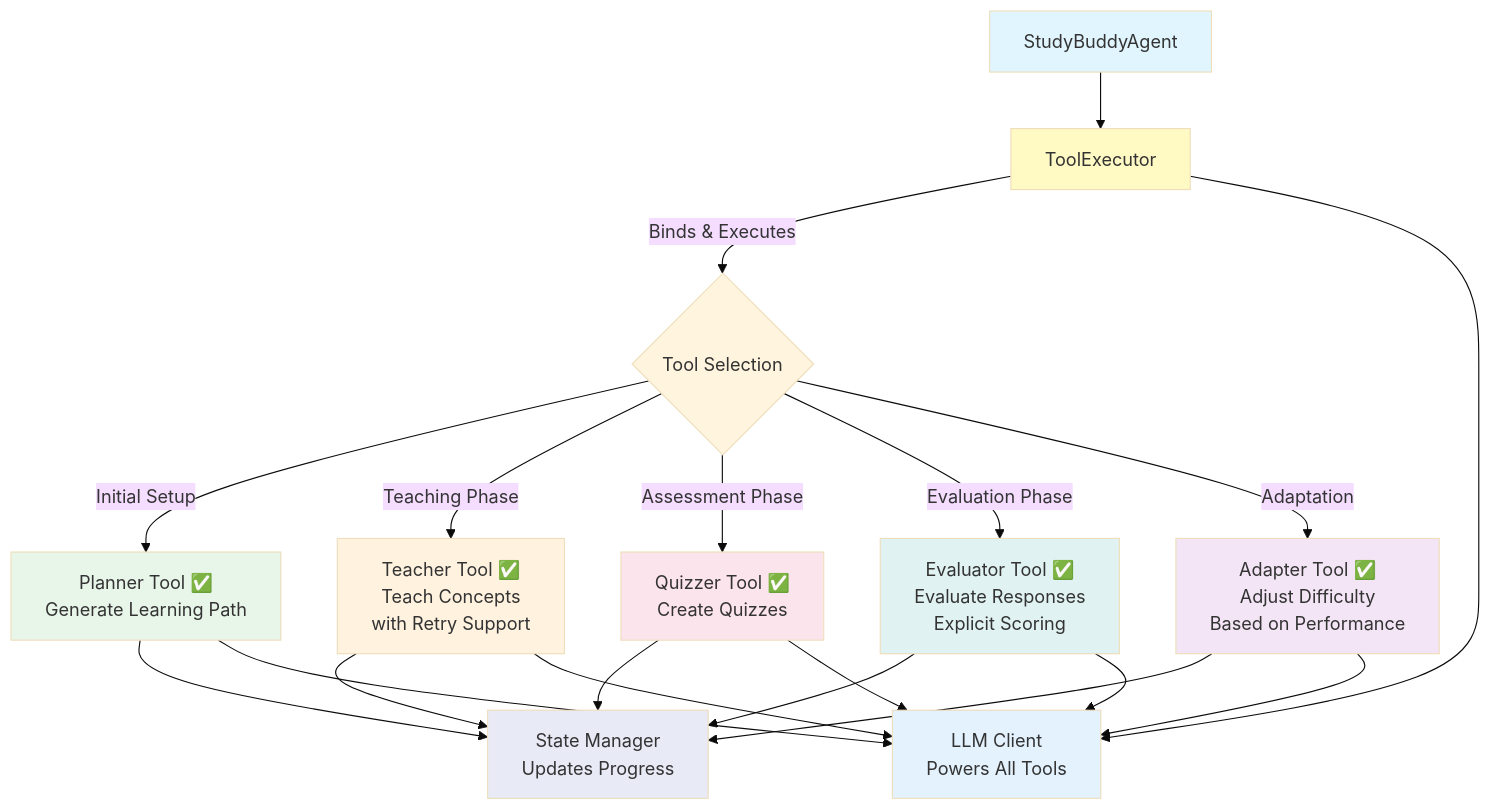
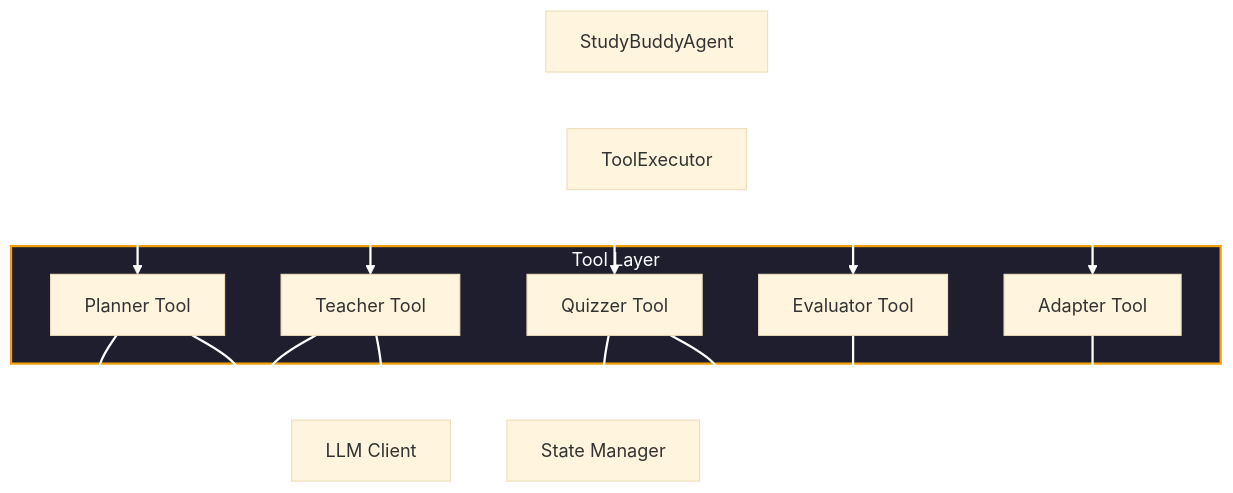
One commit to ebinzacharias/ez-agentic-study-buddy changed the fourth of 6 diagrams in ARCHITECTURE.md. Above: the diagram before and after it, drawn with Mermaid (base theme). The commit also changed other lines of this file and 1 other file, not shown here.

````diff
--- a/ARCHITECTURE.md
+++ b/ARCHITECTURE.md
@@ -366,39 +351,32 @@
 ```mermaid
-graph TD
+flowchart TD
+    style ToolLayer fill:#1E1E2F,stroke:#F59E0B,stroke-width:2px,color:#FFFFFF
+
+    linkStyle default stroke:#FFFFFF,stroke-width:2px
+
     Agent[StudyBuddyAgent] --> ToolExec[ToolExecutor]
     
-    ToolExec -->|Binds & Executes| Tools{Tool Selection}
+    subgraph ToolLayer[Tool Layer]
+        Planner[Planner Tool]
+        Teacher[Teacher Tool]
+        Quizzer[Quizzer Tool]
+        Evaluator[Evaluator Tool]
+        Adapter[Adapter Tool]
+    end
+
+    ToolExec --> Planner
+    ToolExec --> Teacher
+    ToolExec --> Quizzer
+    ToolExec --> Evaluator
+    ToolExec --> Adapter
     
-    Tools -->|Initial Setup| Planner[Planner Tool ✅<br/>Generate Learning Path]
-    Tools -->|Teaching Phase| Teacher[Teacher Tool ✅<br/>Teach Concepts<br/>with Retry Support]
-    Tools -->|Assessment Phase| Quizzer[Quizzer Tool ✅<br/>Create Quizzes]
-    Tools -->|Evaluation Phase| Evaluator[Evaluator Tool ✅<br/>Evaluate Responses<br/>Explicit Scoring]
-    Tools -->|Adaptation| Adapter[Adapter Tool ✅<br/>Adjust Difficulty<br/>Based on Performance]
-    
-    Planner --> State
+    Planner --> State[State Manager]
     Teacher --> State
     Quizzer --> State
     Evaluator --> State
     Adapter --> State
     
-    State[State Manager<br/>Updates Progress]
-    
-    LLM[LLM Client<br/>Powers All Tools]
-    
-    ToolExec --> LLM
-    Planner --> LLM
+    Planner --> LLM[LLM Client]
     Teacher --> LLM
     Quizzer --> LLM
-    Evaluator --> LLM
-    Adapter --> LLM
-    
-    style Agent fill:#e1f5ff
-    style ToolExec fill:#fff9c4
-    style Planner fill:#e8f5e9
-    style Teacher fill:#fff3e0
-    style Quizzer fill:#fce4ec
-    style Evaluator fill:#e0f2f1
-    style Adapter fill:#f3e5f5
-    style LLM fill:#e3f2fd
-    style State fill:#e8eaf6
 ```
````
